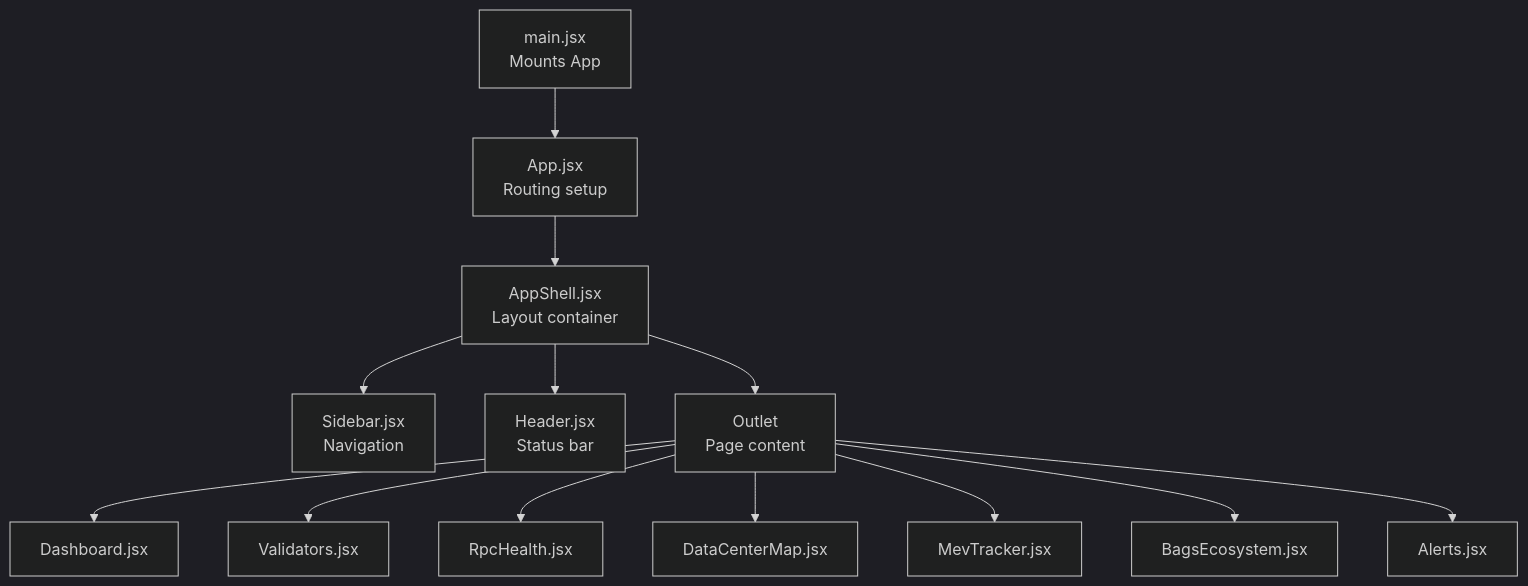
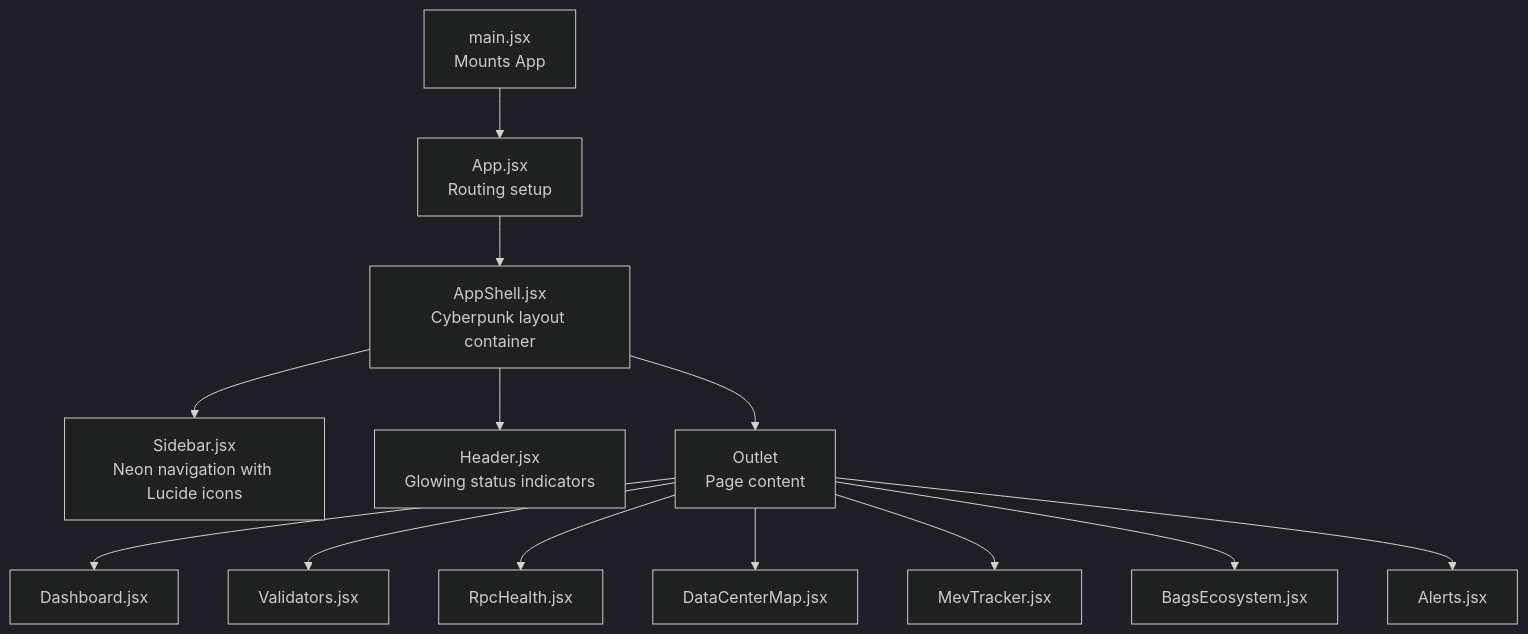
Before and after one commit to RunTimeAdmin/InfraWatch: the first of 19 diagrams in .qoder/repowiki/en/content/Frontend Architecture/Component Architecture.md, drawn with Mermaid (dark theme). The commit also changed other lines of this file and 12 other files, not shown here.

````diff
--- a/.qoder/repowiki/en/content/Frontend Architecture/Component Architecture.md
+++ b/.qoder/repowiki/en/content/Frontend Architecture/Component Architecture.md
@@ -49,15 +60,15 @@
 ```mermaid
 graph TB
 main["main.jsx<br/>Mounts App"] --> app["App.jsx<br/>Routing setup"]
-app --> shell["AppShell.jsx<br/>Layout container"]
-shell --> sidebar["Sidebar.jsx<br/>Navigation"]
-shell --> header["Header.jsx<br/>Status bar"]
+app --> shell["AppShell.jsx<br/>Cyberpunk layout container"]
+shell --> sidebar["Sidebar.jsx<br/>Neon navigation with Lucide icons"]
+shell --> header["Header.jsx<br/>Glowing status indicators"]
 shell --> outlet["Outlet<br/>Page content"]
 outlet --> dashboard["Dashboard.jsx"]
 outlet --> validators["Validators.jsx"]
 outlet --> rpc["RpcHealth.jsx"]
 outlet --> map["DataCenterMap.jsx"]
 outlet --> mev["MevTracker.jsx"]
 outlet --> bags["BagsEcosystem.jsx"]
 outlet --> alerts["Alerts.jsx"]
 ```
````
